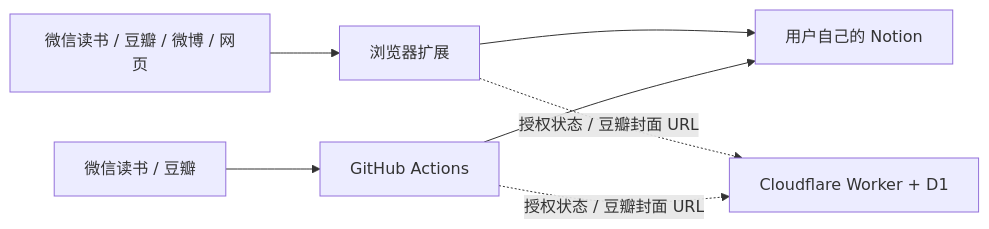
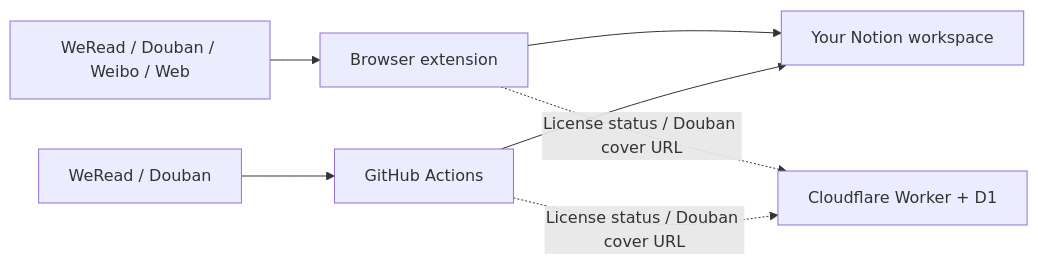
Before and after one commit to zengyincen/TunNest: the diagram in README.md, drawn with Mermaid. The commit also changed other lines of this file and 1 other file, not shown here.

````diff
--- a/README.md
+++ b/README.md
@@ -588,9 +600,9 @@
 ```mermaid
 flowchart LR
-  A["微信读书 / 豆瓣 / 微博 / 网页"] --> B["浏览器扩展"]
-  C["微信读书 / 豆瓣"] --> D["GitHub Actions"]
-  B --> E["用户自己的 Notion"]
+  A["WeRead / Douban / Weibo / Web"] --> B["Browser extension"]
+  C["WeRead / Douban"] --> D["GitHub Actions"]
+  B --> E["Your Notion workspace"]
   D --> E
-  B -. "授权状态 / 豆瓣封面 URL" .-> F["Cloudflare Worker + D1"]
-  D -. "授权状态 / 豆瓣封面 URL" .-> F
+  B -. "License status / Douban cover URL" .-> F["Cloudflare Worker + D1"]
+  D -. "License status / Douban cover URL" .-> F
 ```
````
